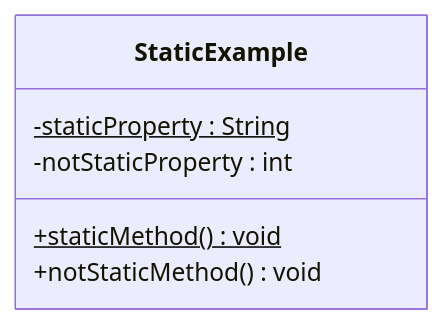
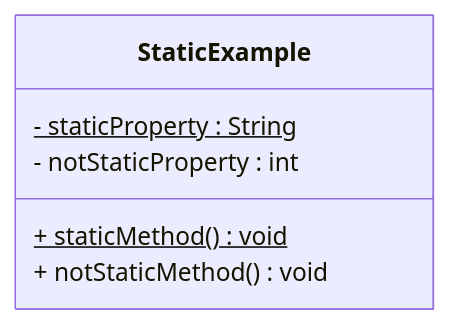
The diagram in Articles/UML Class Diagrams/009 Static.md (TroelsMortensen/Codelabs2), drawn with Mermaid before and after one commit. The commit also changed 12 other files, not shown here.

````diff
--- a/Articles/UML Class Diagrams/009 Static.md
+++ b/Articles/UML Class Diagrams/009 Static.md
@@ -7,9 +7,9 @@
 ```mermaid
 classDiagram
     class StaticExample {
-        -staticProperty : String$
-        -notStaticProperty : int
-        +staticMethod() void$
-        +notStaticMethod() void
+        - staticProperty : String$
+        - notStaticProperty : int
+        + staticMethod() void$
+        + notStaticMethod() void
     }
 ```
````
